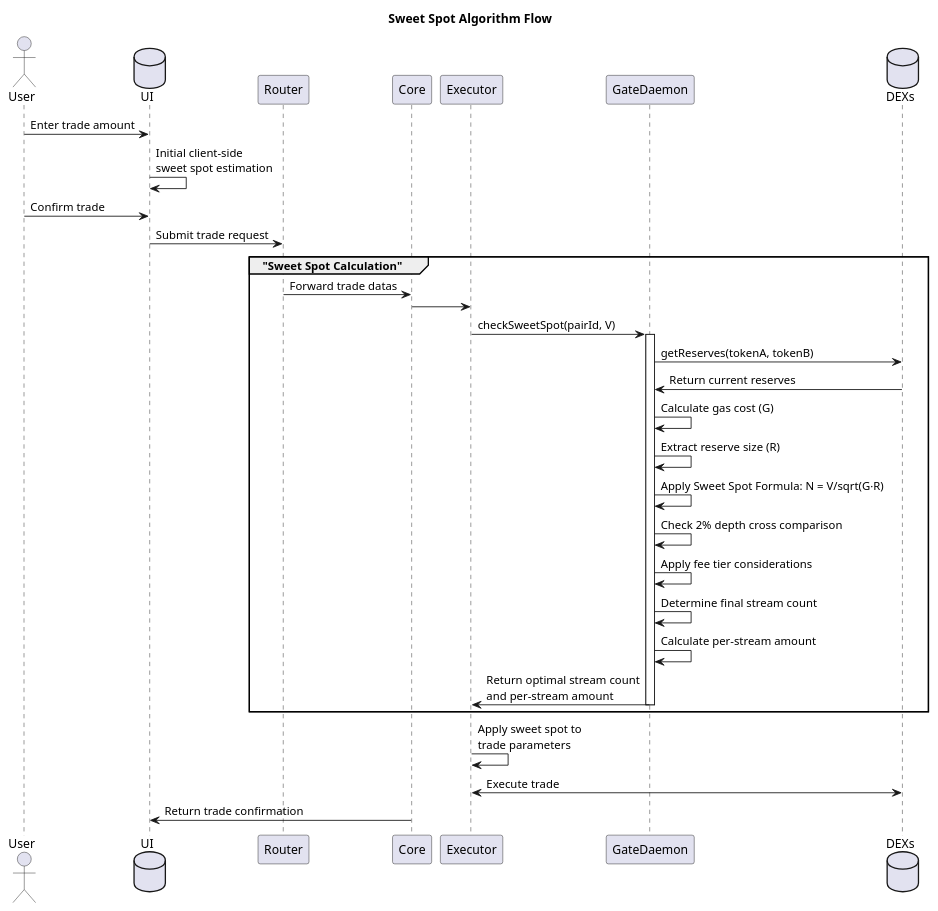
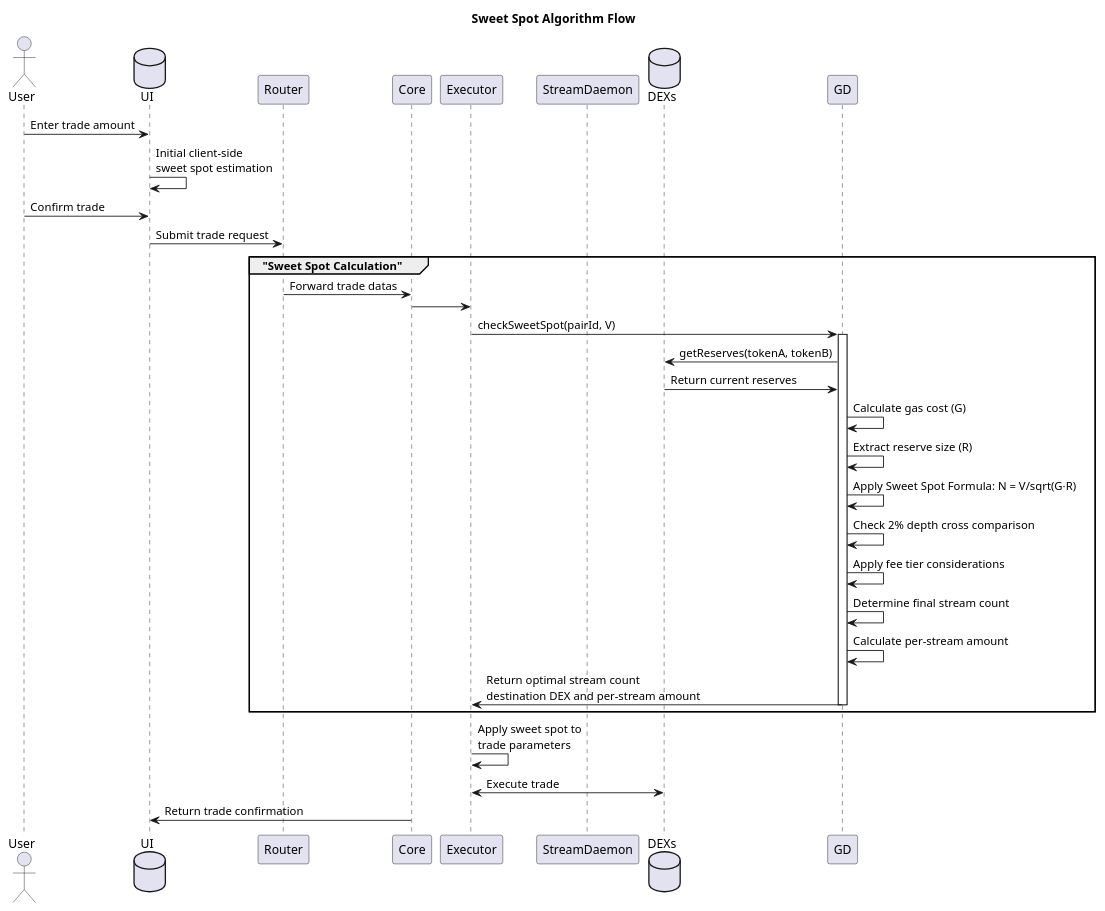
One commit to 1SLiquidity/core changed the diagram in diagrams/flows/utils-sweet-spot-algo.puml. Above: the diagram before and after it, drawn with PlantUML. The commit also changed 5 other files, not shown here.

```diff
--- a/diagrams/flows/utils-sweet-spot-algo.puml
+++ b/diagrams/flows/utils-sweet-spot-algo.puml
@@ -1,43 +1,43 @@
 @startuml SweetSpotAlgorithm
 title Sweet Spot Algorithm Flow
 
 actor User
 database "UI" as UI
 participant "Router" as R
 participant "Core" as C
 participant "Executor" as E
-participant "GateDaemon" as GD
+participant "StreamDaemon" as SD
 database "DEXs" as DEX
 
 ' == Trade Input & Sweet Spot Calculation ==
 User -> UI: Enter trade amount
 UI -> UI: Initial client-side\nsweet spot estimation
 User -> UI: Confirm trade
 UI -> R: Submit trade request
 
 group "Sweet Spot Calculation"
   R -> C: Forward trade datas
   C -> E: 
   E -> GD: checkSweetSpot(pairId, V)
   activate GD
   
   GD -> DEX: getReserves(tokenA, tokenB)
   DEX -> GD: Return current reserves
   GD -> GD: Calculate gas cost (G)
   GD -> GD: Extract reserve size (R)
   GD -> GD: Apply Sweet Spot Formula: N = V/sqrt(G·R)
   GD -> GD: Check 2% depth cross comparison
   GD -> GD: Apply fee tier considerations
   GD -> GD: Determine final stream count
   GD -> GD: Calculate per-stream amount
   
-  GD -> E: Return optimal stream count\nand per-stream amount
+  GD -> E: Return optimal stream count\ndestination DEX and per-stream amount
   deactivate GD
 end
 
 ' == Apply Sweet Spot to Trade ==
 E -> E: Apply sweet spot to\ntrade parameters
 E <-> DEX: Execute trade
 C -> UI: Return trade confirmation
 
 @enduml
```
